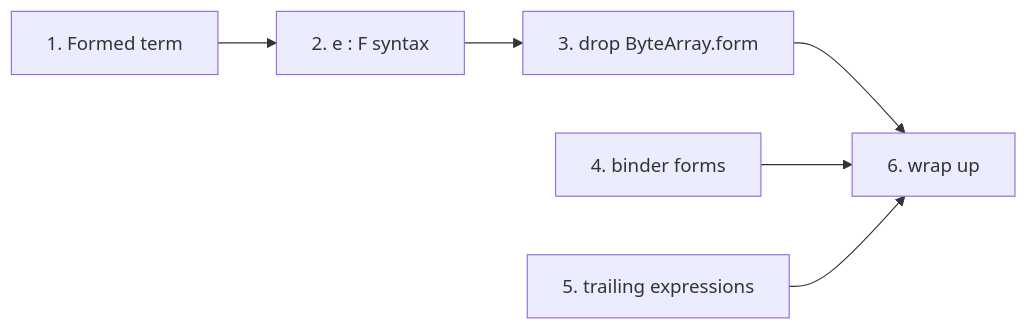
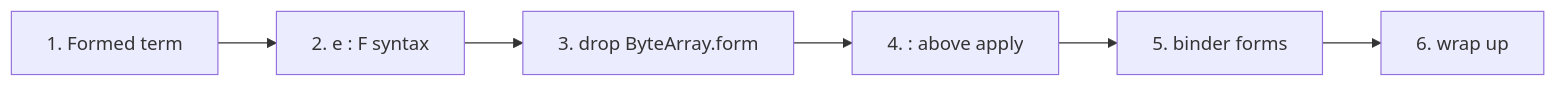
One commit to tapl-org/tapl changed the diagram in oymo/docs/plan_annotation.md. Above: the diagram before and after it, drawn with Mermaid. The commit also changed other lines of this file, not shown here.

````diff
--- a/oymo/docs/plan_annotation.md
+++ b/oymo/docs/plan_annotation.md
@@ -328,9 +367,5 @@
 ```mermaid
 graph LR
   S1["1. Formed term"] --> S2["2. e : F syntax"] --> S3["3. drop ByteArray.form"]
-  S4["4. binder forms"]
-  S5["5. trailing expressions"]
-  S3 --> S6["6. wrap up"]
-  S4 --> S6
-  S5 --> S6
+  S3 --> S4["4. : above apply"] --> S5["5. binder forms"] --> S6["6. wrap up"]
 ```
````
